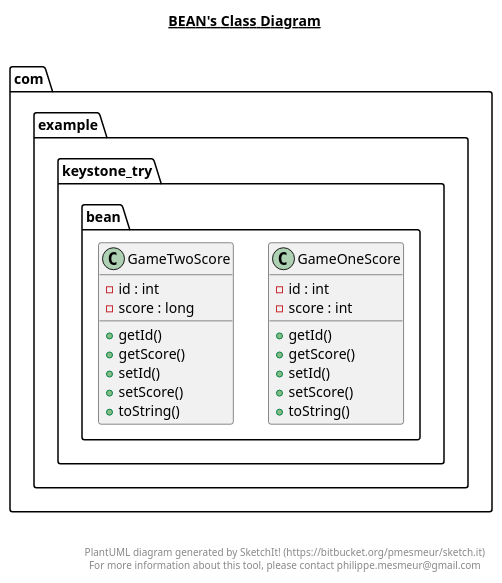
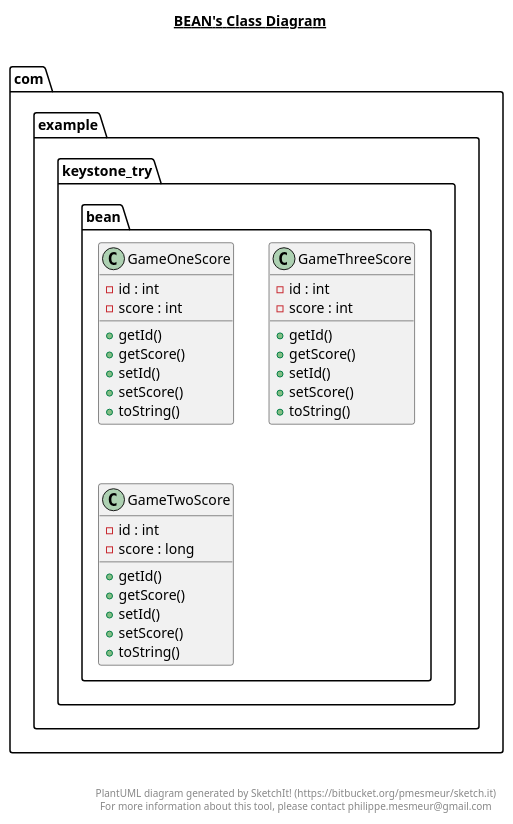
Before and after one commit to BohanShi/keystone_try: the diagram in app/src/main/java/com/example/keystone_try/bean/bean.plantuml, drawn with PlantUML. The commit also changed 22 other files, not shown here.

```diff
--- a/app/src/main/java/com/example/keystone_try/bean/bean.plantuml
+++ b/app/src/main/java/com/example/keystone_try/bean/bean.plantuml
@@ -1,44 +1,59 @@
 @startuml
 
 title __BEAN's Class Diagram__\n
 
   namespace com.example.keystone_try {
     namespace bean {
       class com.example.keystone_try.bean.GameOneScore {
+          - id : int
+          - score : int
+          + getId()
+          + getScore()
+          + setId()
+          + setScore()
+          + toString()
+      }
+    }
+  }
+  
+
+  namespace com.example.keystone_try {
+    namespace bean {
+      class com.example.keystone_try.bean.GameThreeScore {
           - id : int
           - score : int
           + getId()
           + getScore()
           + setId()
           + setScore()
           + toString()
       }
     }
   }
   
 
   namespace com.example.keystone_try {
     namespace bean {
       class com.example.keystone_try.bean.GameTwoScore {
           - id : int
           - score : long
           + getId()
           + getScore()
           + setId()
           + setScore()
           + toString()
       }
     }
   }
   
 
 
 
 right footer
 
 
 PlantUML diagram generated by SketchIt! (https://bitbucket.org/pmesmeur/sketch.it)
 For more information about this tool, please contact philippe.mesmeur@gmail.com
 endfooter
 
 @enduml
```
